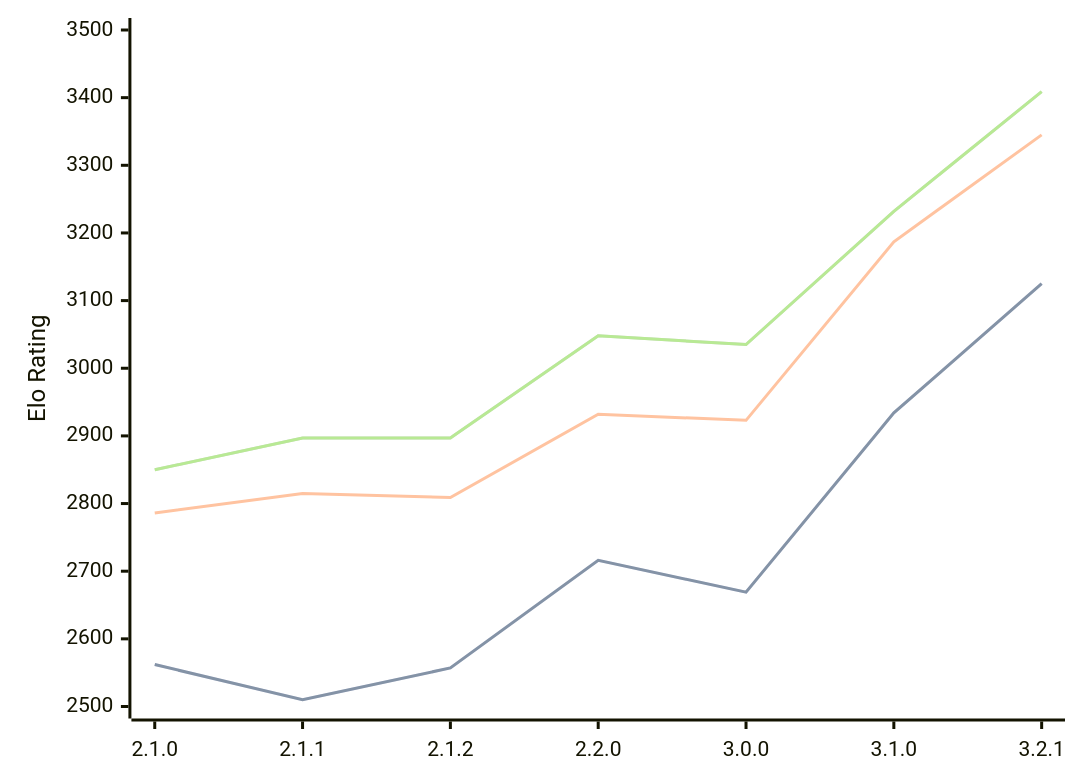
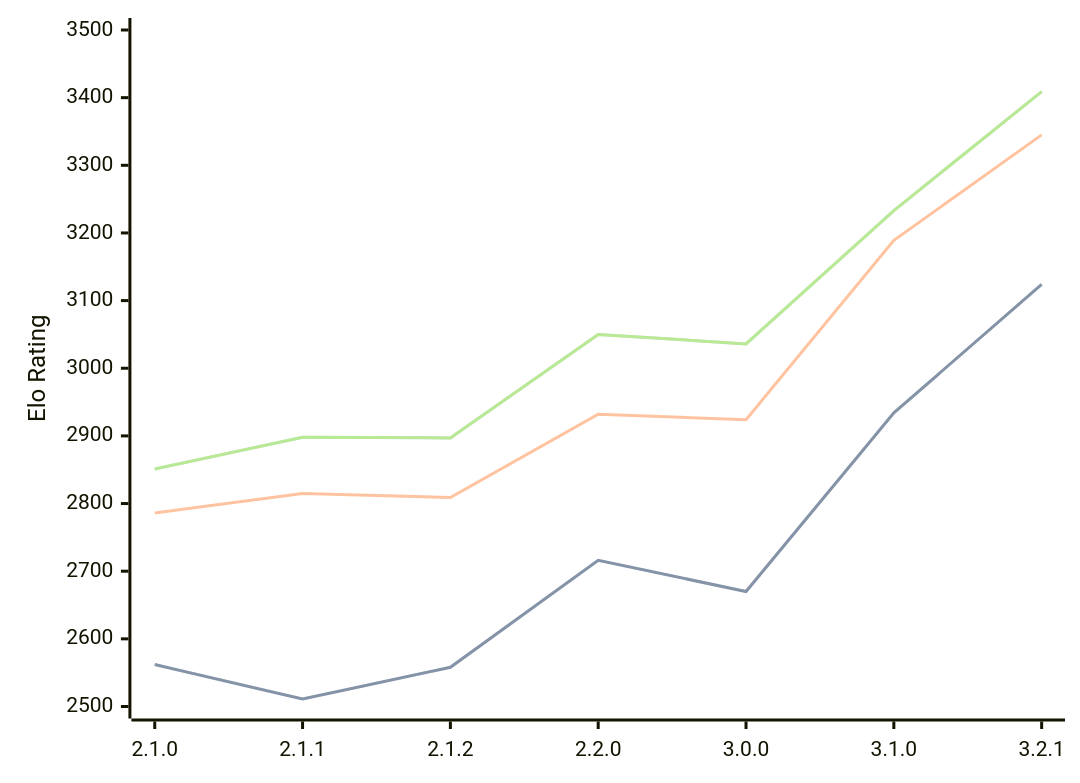
The diagram in engines/Prune.md (computer-chess-index/cci), drawn with Mermaid before and after one commit. The commit also changed other lines of this file, not shown here.

Commit message:
Update CCI Ratings (ELO VLTC) - 2026-03-28

````diff
--- a/engines/Prune.md
+++ b/engines/Prune.md
@@ -42,11 +42,11 @@
 ```mermaid
 %%{init: {"theme":"base","themeVariables":{"seriesColors:['#a3a3a3','#222221','#faa371']}}}%%
 xychart-beta
   x-axis ["2.1.0", "2.1.1", "2.1.2", "2.2.0", "3.0.0", "3.1.0", "3.2.1"]
   y-axis "Elo Rating" 2500 --> 3500
-  line "STC (8.0+0.08s)" [2562, 2510, 2557, 2716, 2669, 2934, 3125]
-  line "STC (8.0+0.08s)" [2562, 2510, 2557, 2716, 2669, 2934, 3125]
-  line "LTC (60.0+0.60s)" [2786, 2815, 2809, 2932, 2923, 3187, 3345]
-  line "VLTC (2m24s+1.12s)" [2850, 2897, 2897, 3048, 3035, 3232, 3409]
-  line "VLTC (2m24s+1.12s)" [2850, 2897, 2897, 3048, 3035, 3232, 3409]
+  line "STC (8.0+0.08s)" [2562, 2511, 2558, 2716, 2670, 2934, 3124]
+  line "STC (8.0+0.08s)" [2562, 2511, 2558, 2716, 2670, 2934, 3124]
+  line "LTC (60.0+0.60s)" [2786, 2815, 2809, 2932, 2924, 3189, 3345]
+  line "VLTC (2m24s+1.12s)" [2851, 2898, 2897, 3050, 3036, 3233, 3409]
+  line "VLTC (2m24s+1.12s)" [2851, 2898, 2897, 3050, 3036, 3233, 3409]
 ```
````
